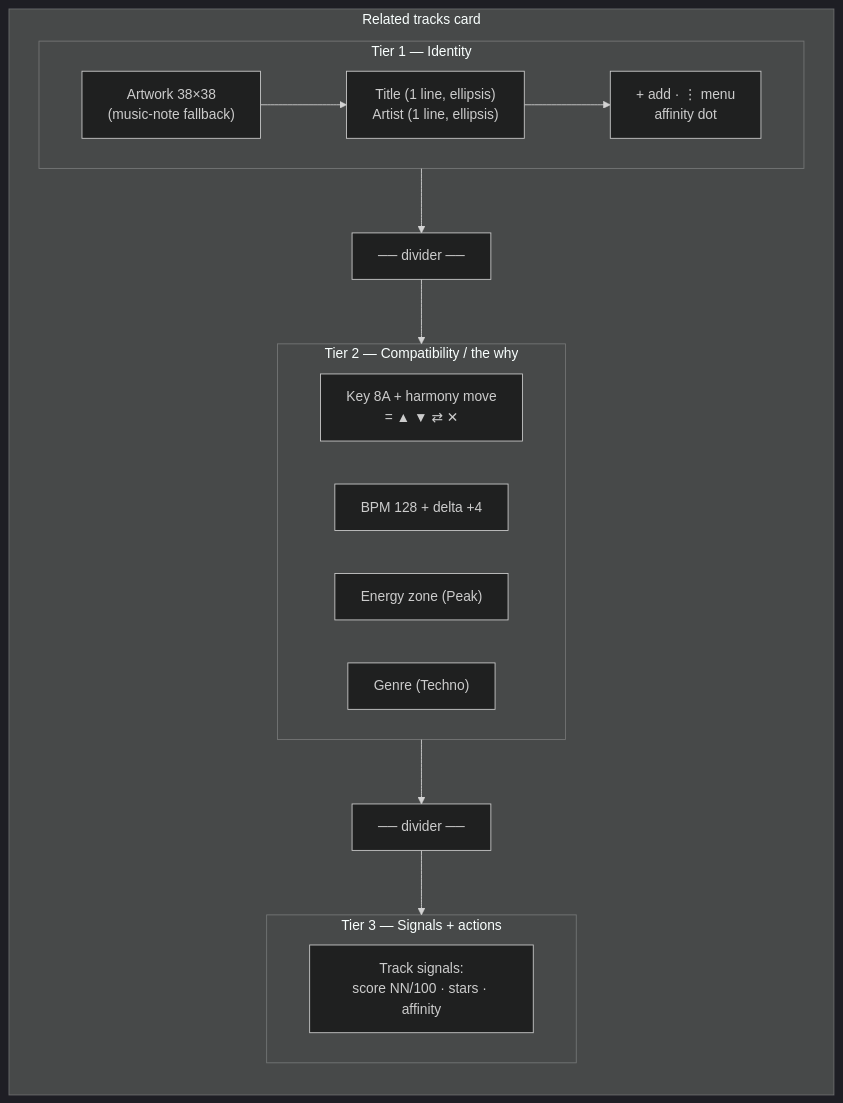
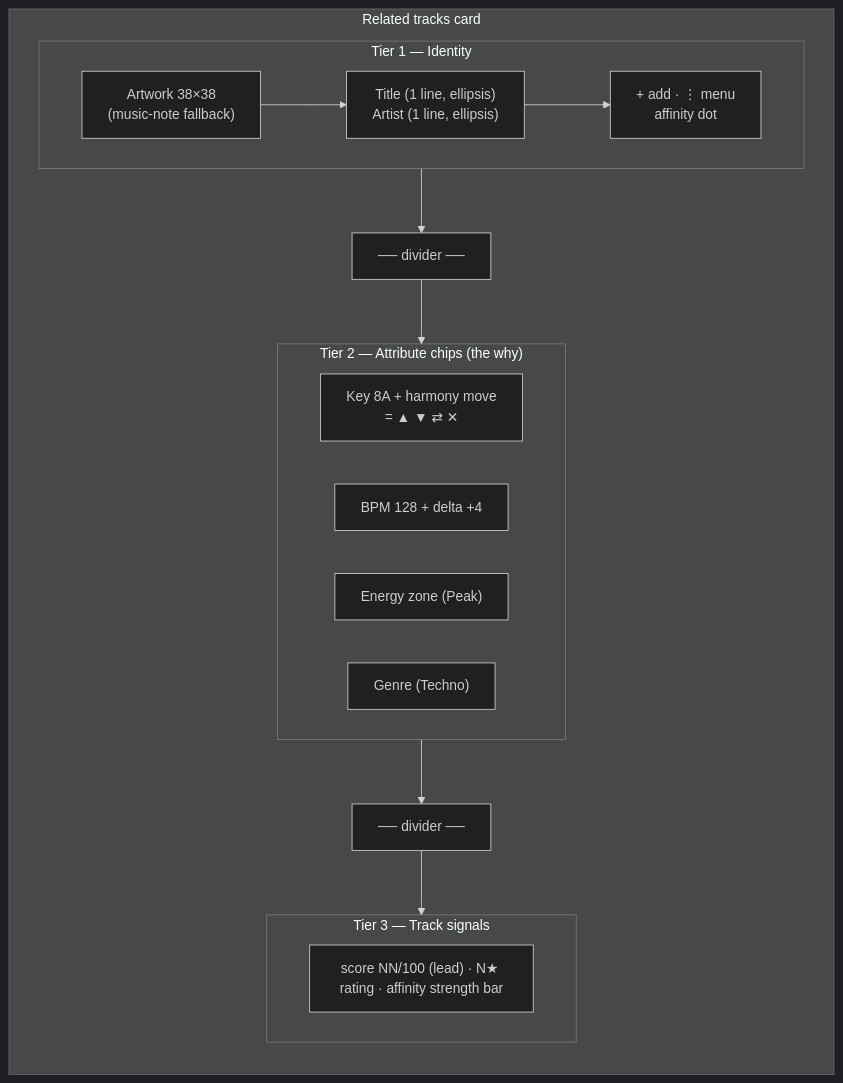
One commit to riveign/waveform-builer changed the diagram in frontend/docs/design-system/related-tracks-card.md. Above: the diagram before and after it, drawn with Mermaid (dark theme). The commit also changed other lines of this file and 3 other files, not shown here.

````diff
--- a/frontend/docs/design-system/related-tracks-card.md
+++ b/frontend/docs/design-system/related-tracks-card.md
@@ -23,27 +23,27 @@
 ```mermaid
 flowchart TB
     subgraph Card["Related tracks card"]
         direction TB
         subgraph T1["Tier 1 — Identity"]
             direction LR
             ART["Artwork 38×38<br/>(music-note fallback)"]
             TXT["Title (1 line, ellipsis)<br/>Artist (1 line, ellipsis)"]
             ACT["+ add · ⋮ menu<br/>affinity dot"]
             ART --> TXT --> ACT
         end
         D1["── divider ──"]
-        subgraph T2["Tier 2 — Compatibility / the why"]
+        subgraph T2["Tier 2 — Attribute chips (the why)"]
             direction LR
             KEY["Key 8A + harmony move<br/>= ▲ ▼ ⇄ ✕"]
             BPM["BPM 128 + delta +4"]
             EN["Energy zone (Peak)"]
             GEN["Genre (Techno)"]
         end
         D2["── divider ──"]
-        subgraph T3["Tier 3 — Signals + actions"]
+        subgraph T3["Tier 3 — Track signals"]
             direction LR
-            SIG["Track signals:<br/>score NN/100 · stars · affinity"]
+            SIG["score NN/100 (lead) · N★ rating · affinity strength bar"]
         end
         T1 --> D1 --> T2 --> D2 --> T3
     end
 ```
````
